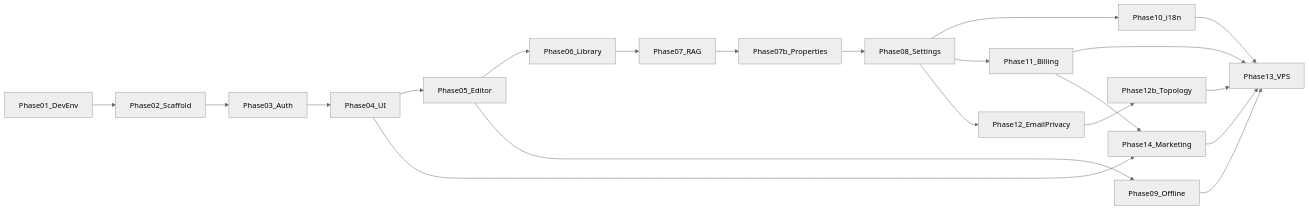
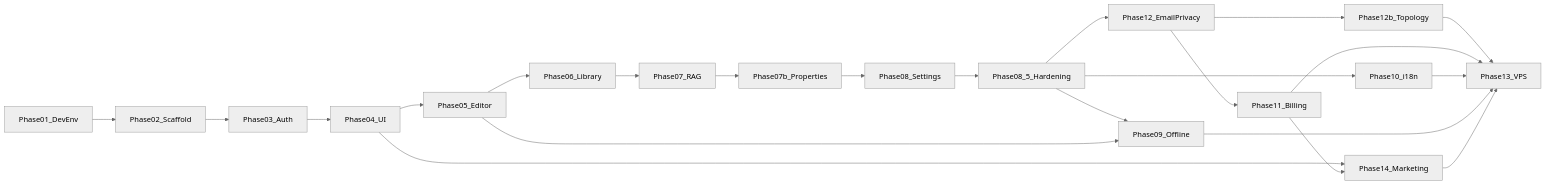
Before and after one commit to kallekormann/rhodes: the diagram in implementation_plan/00-README.md, drawn with Mermaid (neutral theme). The commit also changed other lines of this file and 38 other files, not shown here.

````diff
--- a/implementation_plan/00-README.md
+++ b/implementation_plan/00-README.md
@@ -87,23 +88,25 @@
 ```mermaid
 flowchart LR
   P01[Phase01_DevEnv] --> P02[Phase02_Scaffold]
   P02 --> P03[Phase03_Auth]
   P03 --> P04[Phase04_UI]
   P04 --> P05[Phase05_Editor]
   P05 --> P06[Phase06_Library]
   P06 --> P07[Phase07_RAG]
   P07 --> P07b[Phase07b_Properties]
   P07b --> P08[Phase08_Settings]
-  P05 --> P09[Phase09_Offline]
-  P08 --> P10[Phase10_i18n]
-  P08 --> P11[Phase11_Billing]
-  P08 --> P12[Phase12_EmailPrivacy]
+  P08 --> P085[Phase08_5_Hardening]
+  P085 --> P09[Phase09_Offline]
+  P05 --> P09
+  P085 --> P12[Phase12_EmailPrivacy]
+  P12 --> P11[Phase11_Billing]
+  P085 --> P10[Phase10_i18n]
   P12 --> P12b[Phase12b_Topology]
   P12b --> P13[Phase13_VPS]
   P11 --> P13
   P10 --> P13
   P09 --> P13
   P04 --> P14[Phase14_Marketing]
   P11 --> P14
   P14 --> P13
 ```
````
